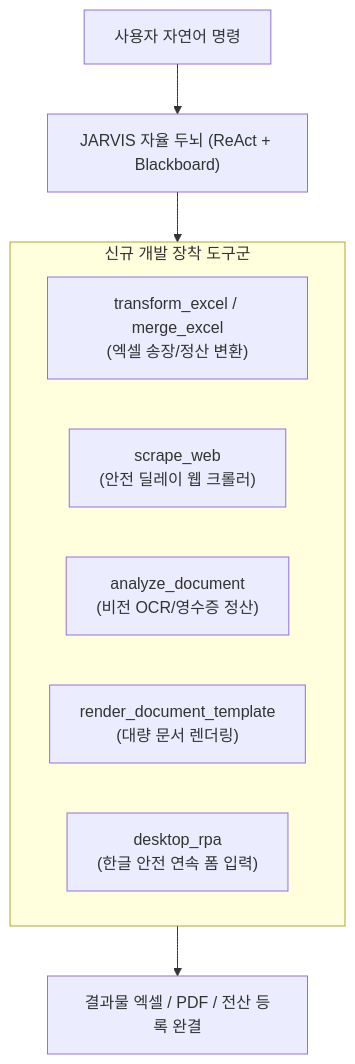
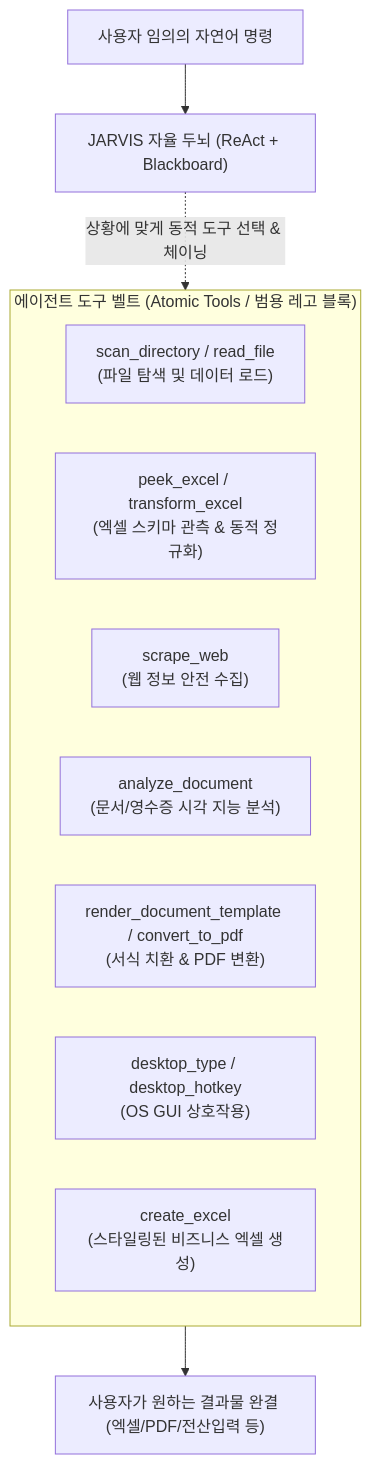
Before and after one commit to eooiea/JARVIS: the diagram in docs/scenarios/외주 기반 5대 핵심 자동화 시나리오 명세.md, drawn with Mermaid. The commit also changed other lines of this file and 3 other files, not shown here.

````diff
--- a/docs/scenarios/외주 기반 5대 핵심 자동화 시나리오 명세.md
+++ b/docs/scenarios/외주 기반 5대 핵심 자동화 시나리오 명세.md
@@ -15,15 +24,17 @@
 ```mermaid
 graph TD
-    User["사용자 자연어 명령"] --> Agent["JARVIS 자율 두뇌 (ReAct + Blackboard)"]
+    User["사용자 임의의 자연어 명령"] --> Brain["JARVIS 자율 두뇌 (ReAct + Blackboard)"]
     
-    subgraph Tools ["신규 개발 장착 도구군"]
-        T1["transform_excel / merge_excel<br/>(엑셀 송장/정산 변환)"]
-        T2["scrape_web<br/>(안전 딜레이 웹 크롤러)"]
-        T3["analyze_document<br/>(비전 OCR/영수증 정산)"]
-        T4["render_document_template<br/>(대량 문서 렌더링)"]
-        T5["desktop_rpa<br/>(한글 안전 연속 폼 입력)"]
+    subgraph ToolBelt ["에이전트 도구 벨트 (Atomic Tools / 범용 레고 블록)"]
+        T1["scan_directory / read_file<br/>(파일 탐색 및 데이터 로드)"]
+        T2["peek_excel / transform_excel<br/>(엑셀 스키마 관측 & 동적 정규화)"]
+        T3["scrape_web<br/>(웹 정보 안전 수집)"]
+        T4["analyze_document<br/>(문서/영수증 시각 지능 분석)"]
+        T5["render_document_template / convert_to_pdf<br/>(서식 치환 & PDF 변환)"]
+        T6["desktop_type / desktop_hotkey<br/>(OS GUI 상호작용)"]
+        T7["create_excel<br/>(스타일링된 비즈니스 엑셀 생성)"]
     end
     
-    Agent --> Tools
-    Tools --> Outputs["결과물 엑셀 / PDF / 전산 등록 완결"]
+    Brain -. "상황에 맞게 동적 도구 선택 & 체이닝" .-> ToolBelt
+    ToolBelt --> Outputs["사용자가 원하는 결과물 완결 (엑셀/PDF/전산입력 등)"]
 ```
````
